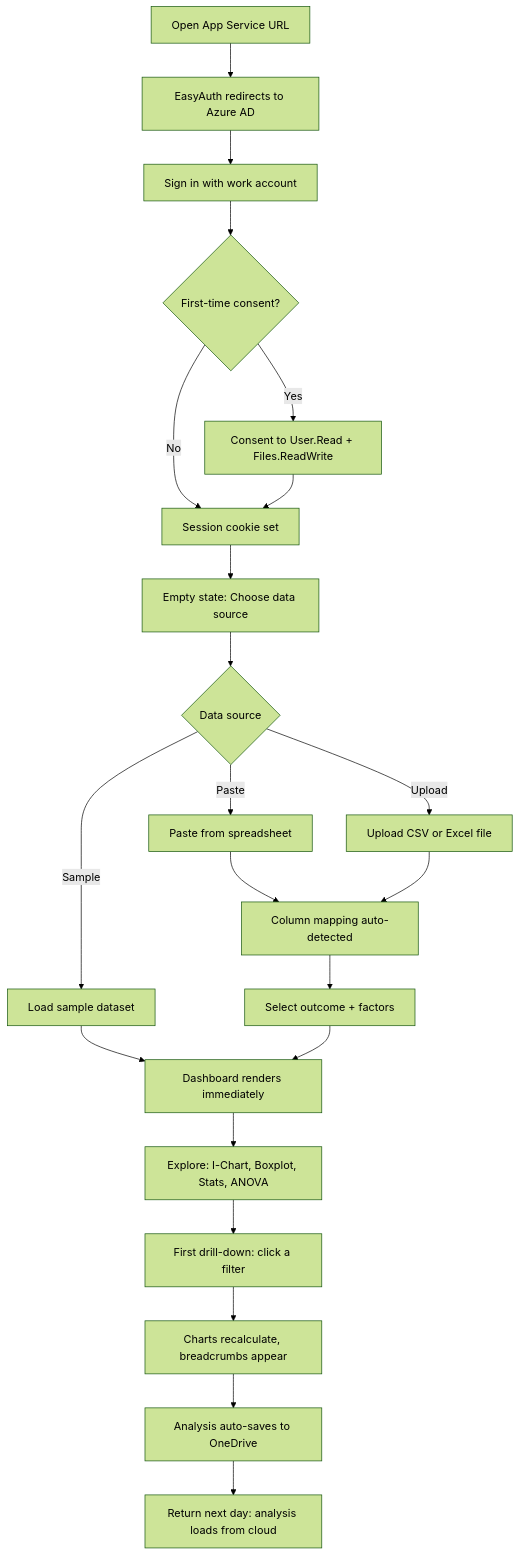
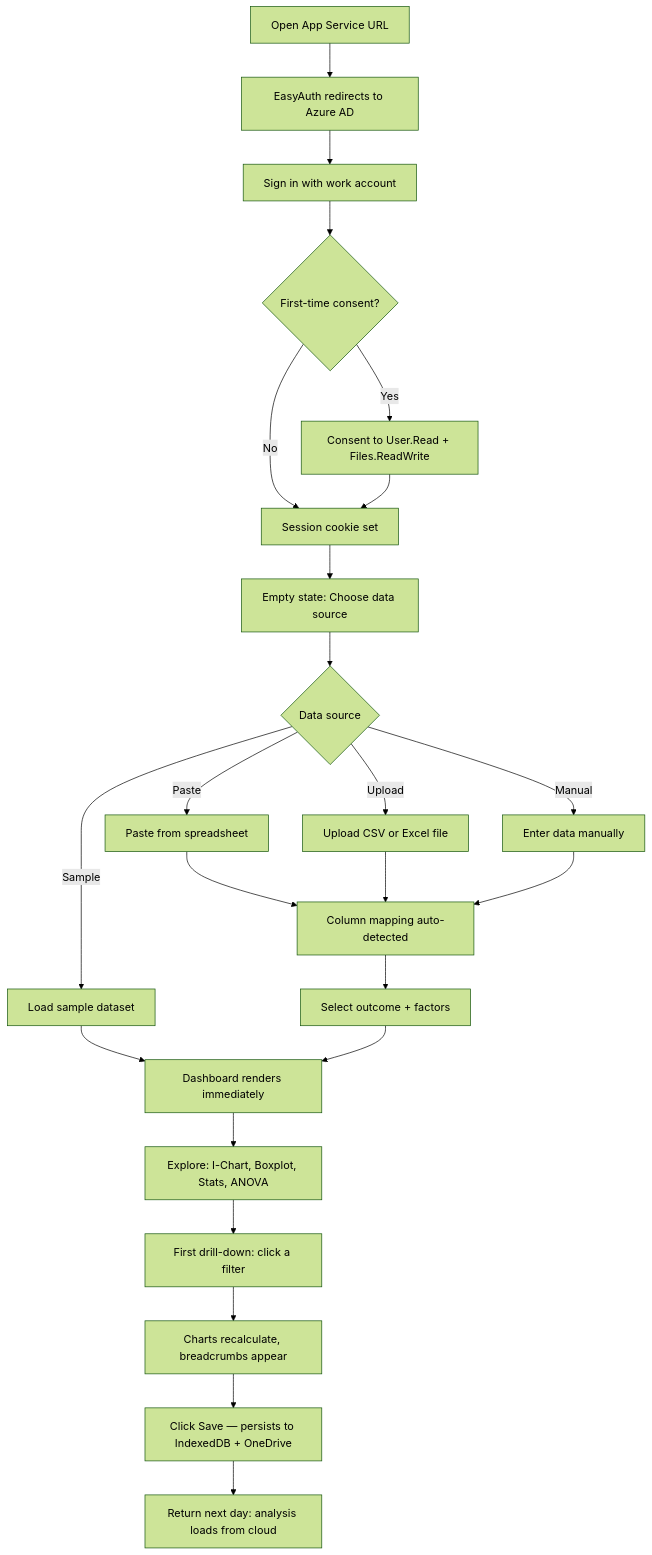
The first of 2 diagrams in docs/02-journeys/flows/azure-first-analysis.md (jukka-matti/variscout), drawn with Mermaid (forest theme) before and after one commit. The commit also changed other lines of this file and 40 other files, not shown here.

````diff
--- a/docs/02-journeys/flows/azure-first-analysis.md
+++ b/docs/02-journeys/flows/azure-first-analysis.md
@@ -46,24 +46,26 @@
 ```mermaid
 flowchart TD
     A[Open App Service URL] --> B[EasyAuth redirects to Azure AD]
     B --> C[Sign in with work account]
     C --> D{First-time consent?}
     D -->|Yes| E[Consent to User.Read + Files.ReadWrite]
     D -->|No| F[Session cookie set]
     E --> F
     F --> G[Empty state: Choose data source]
     G --> H{Data source}
     H -->|Sample| I[Load sample dataset]
     H -->|Paste| J[Paste from spreadsheet]
     H -->|Upload| K[Upload CSV or Excel file]
+    H -->|Manual| K2[Enter data manually]
     I --> L[Dashboard renders immediately]
     J --> M[Column mapping auto-detected]
     K --> M
+    K2 --> M
     M --> N[Select outcome + factors]
     N --> L
     L --> O[Explore: I-Chart, Boxplot, Stats, ANOVA]
     O --> P[First drill-down: click a filter]
     P --> Q[Charts recalculate, breadcrumbs appear]
-    Q --> R[Analysis auto-saves to OneDrive]
+    Q --> R[Click Save — persists to IndexedDB + OneDrive]
     R --> S[Return next day: analysis loads from cloud]
 ```
````
